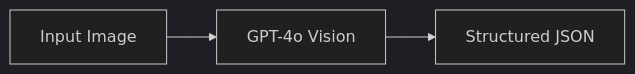
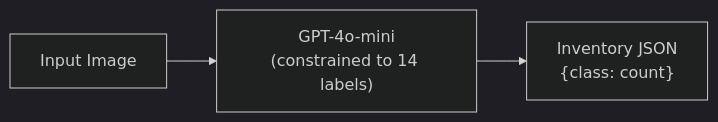
Before and after one commit to omorros/SnapShelf: the first of 6 diagrams in research/02-pipeline-comparison/README.md, drawn with Mermaid (dark theme). The commit also changed other lines of this file, not shown here.

````diff
--- a/research/02-pipeline-comparison/README.md
+++ b/research/02-pipeline-comparison/README.md
@@ -54,4 +73,5 @@
 ```mermaid
 flowchart LR
-    A[Input Image] --> B[GPT-4o Vision] --> C[Structured JSON]
+    A[Input Image] --> B["GPT-4o-mini\n(constrained to 14 labels)"]
+    B --> C["Inventory JSON\n{class: count}"]
 ```
````
